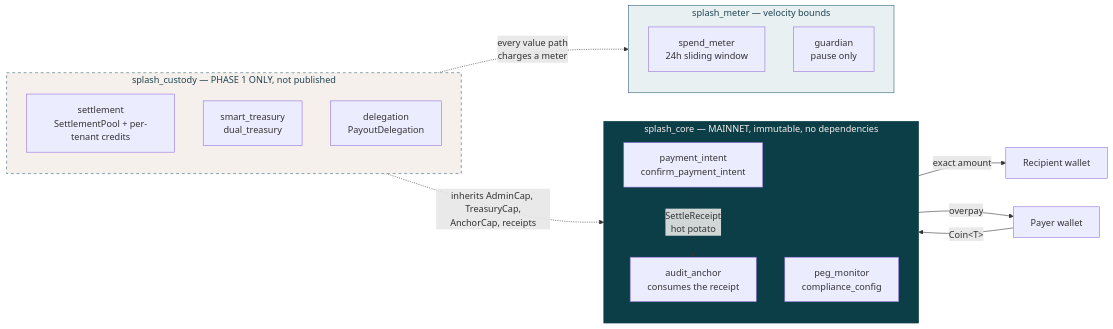
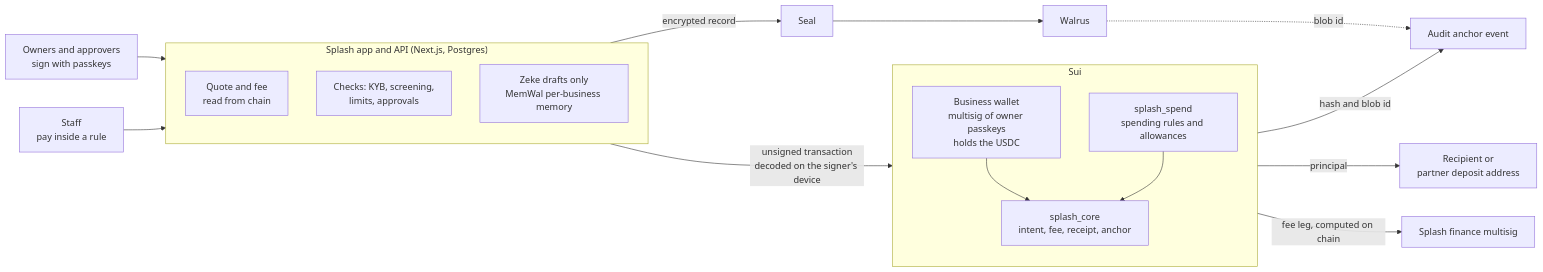
One commit to mega-ideas/latest-splash changed the diagram in README.md. Above: the diagram before and after it, drawn with Mermaid. The commit also changed other lines of this file, not shown here.

First line of the commit message:
v2: rewrite the README for the v2 architecture, the evidence path and what is and is not proven

````diff
--- a/README.md
+++ b/README.md
@@ -15,38 +19,29 @@
 ```mermaid
 flowchart LR
-    payer["Payer wallet"] -->|"Coin&lt;T&gt;"| confirm
+    owners["Owners and approvers<br/>sign with passkeys"] --> app
+    staff["Staff<br/>pay inside a rule"] --> app
 
-    subgraph core["splash_core — MAINNET, immutable, no dependencies"]
+    subgraph app["Splash app and API (Next.js, Postgres)"]
         direction TB
-        confirm["payment_intent<br/>confirm_payment_intent"]
-        anchor["audit_anchor<br/>consumes the receipt"]
-        peg["peg_monitor<br/>compliance_config"]
-        confirm -->|"SettleReceipt<br/>hot potato"| anchor
+        quote["Quote and fee<br/>read from chain"]
+        gates["Checks: KYB, screening,<br/>limits, approvals"]
+        zeke["Zeke drafts only<br/>MemWal per-business memory"]
     end
 
-    confirm -->|"exact amount"| recipient["Recipient wallet"]
-    confirm -->|"overpay"| payer
+    app -->|"unsigned transaction<br/>decoded on the signer's device"| wallet
 
-    subgraph custody["splash_custody — PHASE 1 ONLY, not published"]
+    subgraph sui["Sui"]
         direction TB
-        pool["settlement<br/>SettlementPool + per-tenant credits"]
-        treas["smart_treasury<br/>dual_treasury"]
-        deleg["delegation<br/>PayoutDelegation"]
+        wallet["Business wallet<br/>multisig of owner passkeys<br/>holds the USDC"]
+        core["splash_core<br/>intent, fee, receipt, anchor"]
+        spend["splash_spend<br/>spending rules and allowances"]
+        wallet --> core
+        spend --> core
     end
 
-    subgraph meter["splash_meter — velocity bounds"]
-        direction TB
-        sm["spend_meter<br/>24h sliding window"]
-        gd["guardian<br/>pause only"]
-    end
-
-    custody -.->|"every value path<br/>charges a meter"| meter
-    custody -.->|"inherits AdminCap, TreasuryCap,<br/>AnchorCap, receipts"| core
-
-    classDef mainnet fill:#0C3E48,stroke:#0C3E48,color:#F6F0ED
-    classDef phase1 fill:#F6F0ED,stroke:#326273,color:#1f4350,stroke-dasharray: 5 5
-    classDef bounds fill:#E8F0F2,stroke:#326273,color:#1f4350
-    class core mainnet
-    class custody phase1
-    class meter bounds
+    core -->|"principal"| recipient["Recipient or<br/>partner deposit address"]
+    core -->|"fee leg, computed on chain"| finance["Splash finance multisig"]
+    core -->|"hash and blob id"| anchor["Audit anchor event"]
+    app -->|"encrypted record"| seal["Seal"] --> walrus["Walrus"]
+    walrus -.->|"blob id"| anchor
 ```
````
